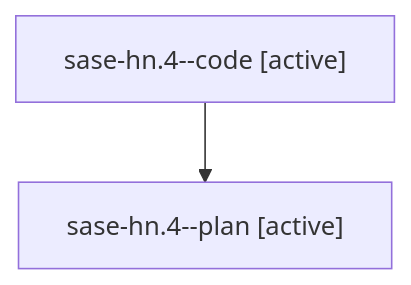
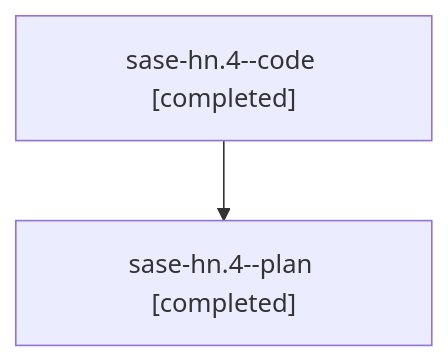
Before and after one commit to sase-org/sase--agents: the diagram in families/bbugyi200.athena.sase-hn.4.md, drawn with Mermaid. The commit also changed other lines of this file and 31 other files, not shown here.

````diff
--- a/families/bbugyi200.athena.sase-hn.4.md
+++ b/families/bbugyi200.athena.sase-hn.4.md
@@ -9,6 +9,6 @@
 ```mermaid
 flowchart TD
-  n0["sase-hn.4--code [active]"]
-  n1["sase-hn.4--plan [active]"]
+  n0["sase-hn.4--code [completed]"]
+  n1["sase-hn.4--plan [completed]"]
   n0 --> n1
 ```
````
